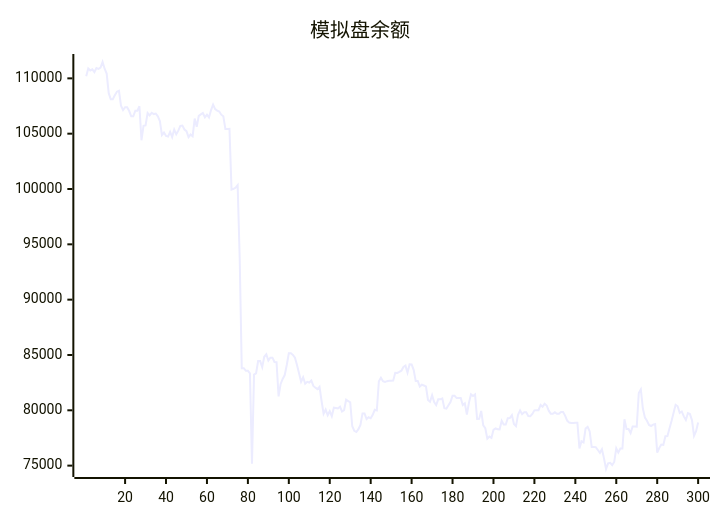
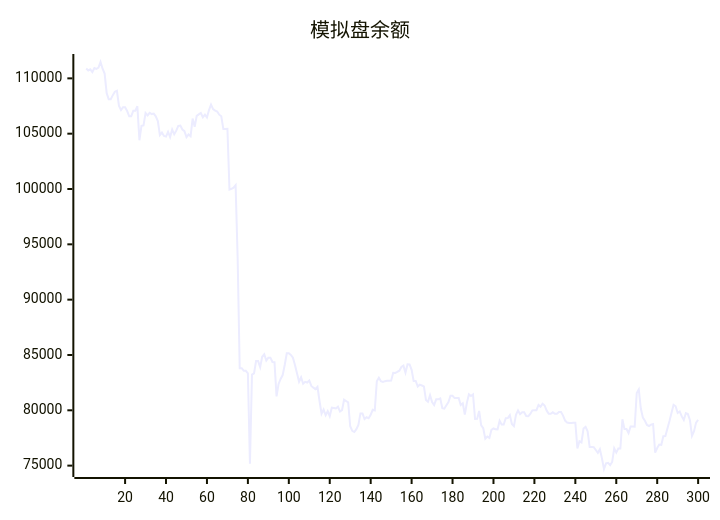
The diagram in README.md (aahl/ai-trading), drawn with Mermaid before and after one commit. The commit also changed other lines of this file and 1 other file, not shown here.

````diff
--- a/README.md
+++ b/README.md
@@ -5,5 +5,5 @@
 ```mermaid
 xychart
     title "模拟盘余额"
-    line [110198,110890,110712,110812,110569,110929,110847,110968,111478,110870,110433,108661,108116,108115,108485,108797,108877,107536,107134,107393,107393,107046,106565,106565,107081,107081,107478,104404,105715,105749,106866,106651,106889,106771,106816,106565,106141,104876,105103,104796,104734,105169,104690,105380,104941,105272,105709,105739,105374,105227,104691,104924,104762,106364,105628,106608,106748,106872,106485,106721,106468,107132,107620,107224,107080,107001,106717,106567,105431,105431,105440,99950,100017,100113,100337,93749,83795,83807,83567,83567,83342,75168,83222,83336,84448,84449,83896,84839,85065,84499,84757,84757,84364,84347,81254,82385,82835,83184,84099,85150,85150,85002,84751,84096,83356,82582,82983,82404,82572,82512,82688,82200,82047,81920,82125,80840,79688,80060,79552,79920,79470,80236,80208,80170,80336,79894,80006,80954,80837,80712,78561,78139,78037,78293,78682,79720,79720,79214,79372,79279,79591,80046,79993,82625,82950,82626,82571,82633,82670,82670,82681,83386,83378,83464,83579,83920,84037,83402,84160,84142,83652,82655,82655,82145,82315,82243,82163,80934,80770,81371,80742,80468,80989,80989,81067,80191,80155,80450,80737,81309,81309,81106,81119,81119,80471,80631,79624,80670,81448,81290,81429,79212,79222,79940,78643,78380,77432,77623,77504,78235,78358,78284,78277,79048,78714,78714,79290,79308,79567,78763,78563,79603,79988,79652,79813,79813,79476,79469,79673,79995,80015,80015,80486,80314,80600,80436,79966,79689,79689,79819,79692,79692,79850,79850,79518,79071,78889,78850,78850,78878,78878,76554,77202,77103,78357,78510,78106,76678,76677,76672,76411,76159,76485,75656,74695,75197,75246,75052,75334,76564,76179,76553,76551,79196,78300,78300,77944,78531,78531,78521,81564,81884,80160,79335,79055,78675,78580,78708,78764,76179,76586,76902,76876,77658,77669,78346,79023,79769,80497,80366,79761,79896,79448,79126,79749,79658,79097,77695,78114,78888]
+    line [110890,110712,110812,110569,110929,110847,110968,111478,110870,110433,108661,108116,108115,108485,108797,108877,107536,107134,107393,107393,107046,106565,106565,107081,107081,107478,104404,105715,105749,106866,106651,106889,106771,106816,106565,106141,104876,105103,104796,104734,105169,104690,105380,104941,105272,105709,105739,105374,105227,104691,104924,104762,106364,105628,106608,106748,106872,106485,106721,106468,107132,107620,107224,107080,107001,106717,106567,105431,105431,105440,99950,100017,100113,100337,93749,83795,83807,83567,83567,83342,75168,83222,83336,84448,84449,83896,84839,85065,84499,84757,84757,84364,84347,81254,82385,82835,83184,84099,85150,85150,85002,84751,84096,83356,82582,82983,82404,82572,82512,82688,82200,82047,81920,82125,80840,79688,80060,79552,79920,79470,80236,80208,80170,80336,79894,80006,80954,80837,80712,78561,78139,78037,78293,78682,79720,79720,79214,79372,79279,79591,80046,79993,82625,82950,82626,82571,82633,82670,82670,82681,83386,83378,83464,83579,83920,84037,83402,84160,84142,83652,82655,82655,82145,82315,82243,82163,80934,80770,81371,80742,80468,80989,80989,81067,80191,80155,80450,80737,81309,81309,81106,81119,81119,80471,80631,79624,80670,81448,81290,81429,79212,79222,79940,78643,78380,77432,77623,77504,78235,78358,78284,78277,79048,78714,78714,79290,79308,79567,78763,78563,79603,79988,79652,79813,79813,79476,79469,79673,79995,80015,80015,80486,80314,80600,80436,79966,79689,79689,79819,79692,79692,79850,79850,79518,79071,78889,78850,78850,78878,78878,76554,77202,77103,78357,78510,78106,76678,76677,76672,76411,76159,76485,75656,74695,75197,75246,75052,75334,76564,76179,76553,76551,79196,78300,78300,77944,78531,78531,78521,81564,81884,80160,79335,79055,78675,78580,78708,78764,76179,76586,76902,76876,77658,77669,78346,79023,79769,80497,80366,79761,79896,79448,79126,79749,79658,79097,77695,78114,78888,79126]
 ```
````
